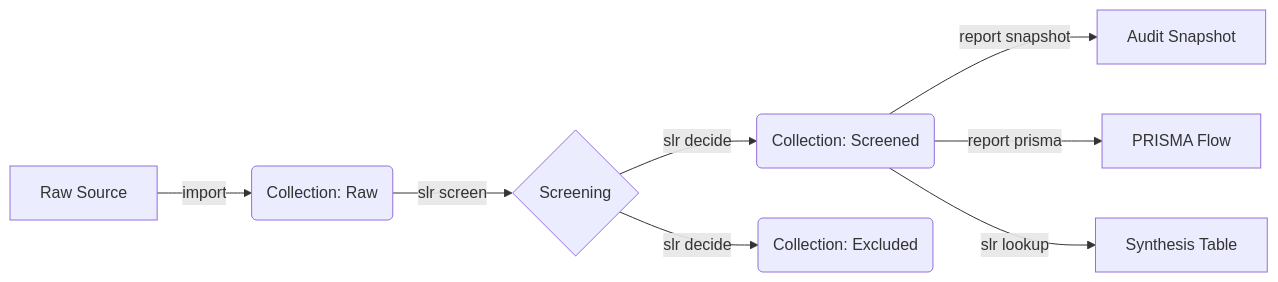
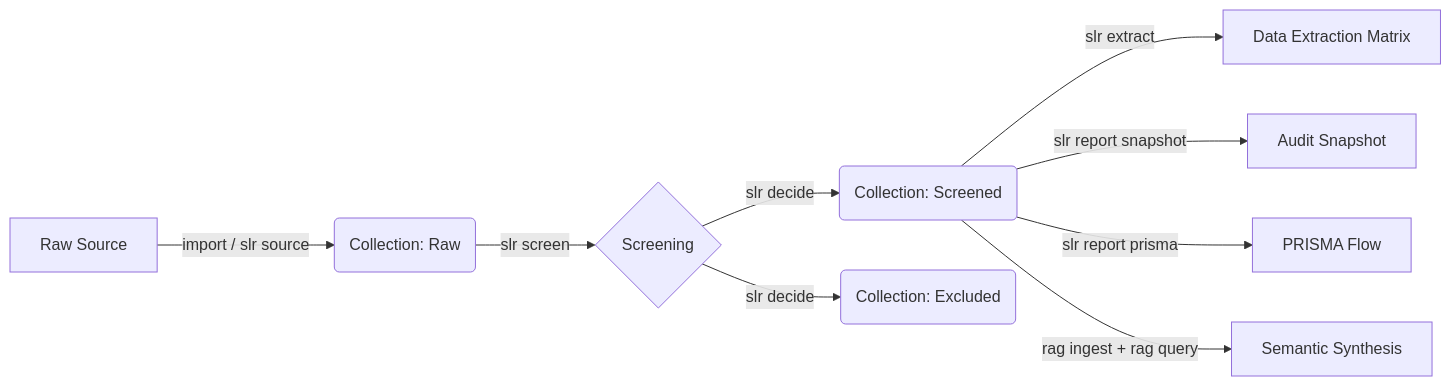
One commit to fchicout/zotero-cli changed the diagram in README.md. Above: the diagram before and after it, drawn with Mermaid. The commit also changed other lines of this file and 5 other files, not shown here.

````diff
--- a/README.md
+++ b/README.md
@@ -39,10 +39,11 @@
 ```mermaid
 graph LR
-    A[Raw Source] -->|import| B(Collection: Raw)
+    A[Raw Source] -->|import / slr source| B(Collection: Raw)
     B -->|slr screen| C{Screening}
     C -->|slr decide| D(Collection: Screened)
     C -->|slr decide| E(Collection: Excluded)
-    D -->|report snapshot| F[Audit Snapshot]
-    D -->|report prisma| G[PRISMA Flow]
-    D -->|slr lookup| H[Synthesis Table]
+    D -->|slr extract| X[Data Extraction Matrix]
+    D -->|slr report snapshot| F[Audit Snapshot]
+    D -->|slr report prisma| G[PRISMA Flow]
+    D -->|rag ingest + rag query| H[Semantic Synthesis]
 ```
````
